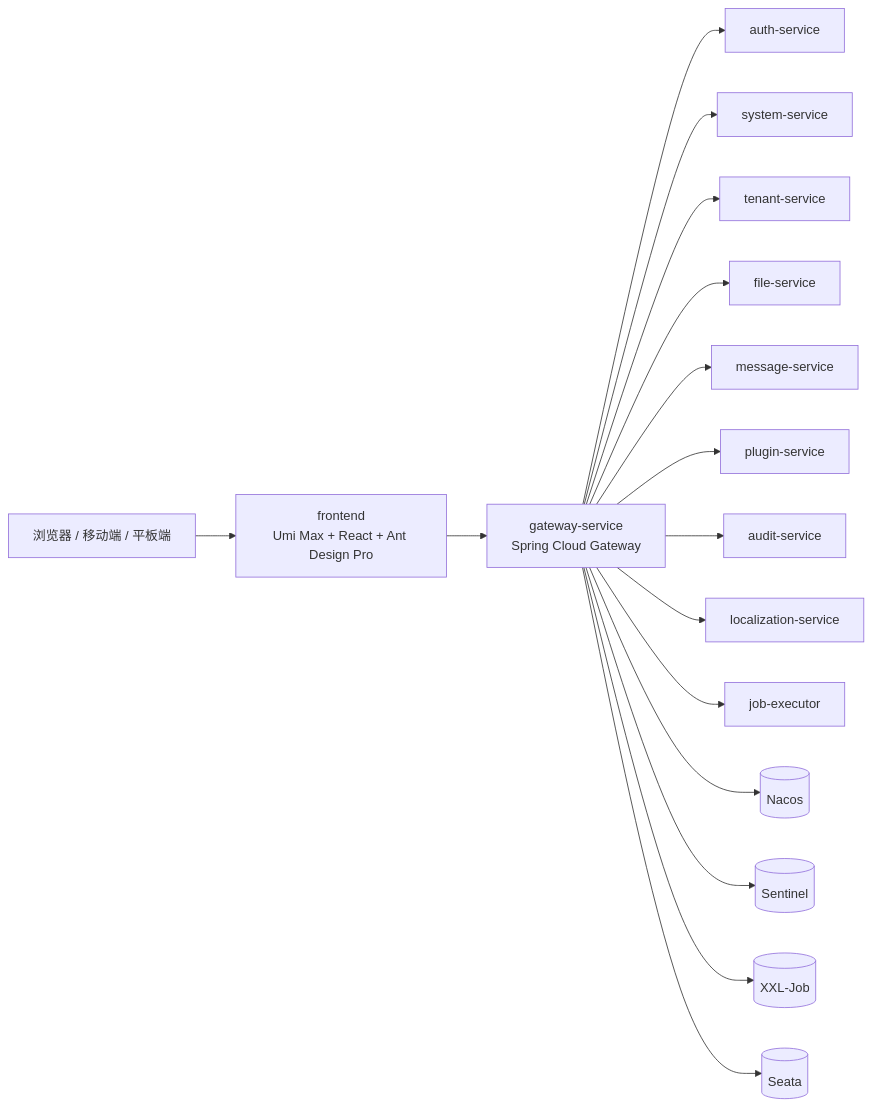
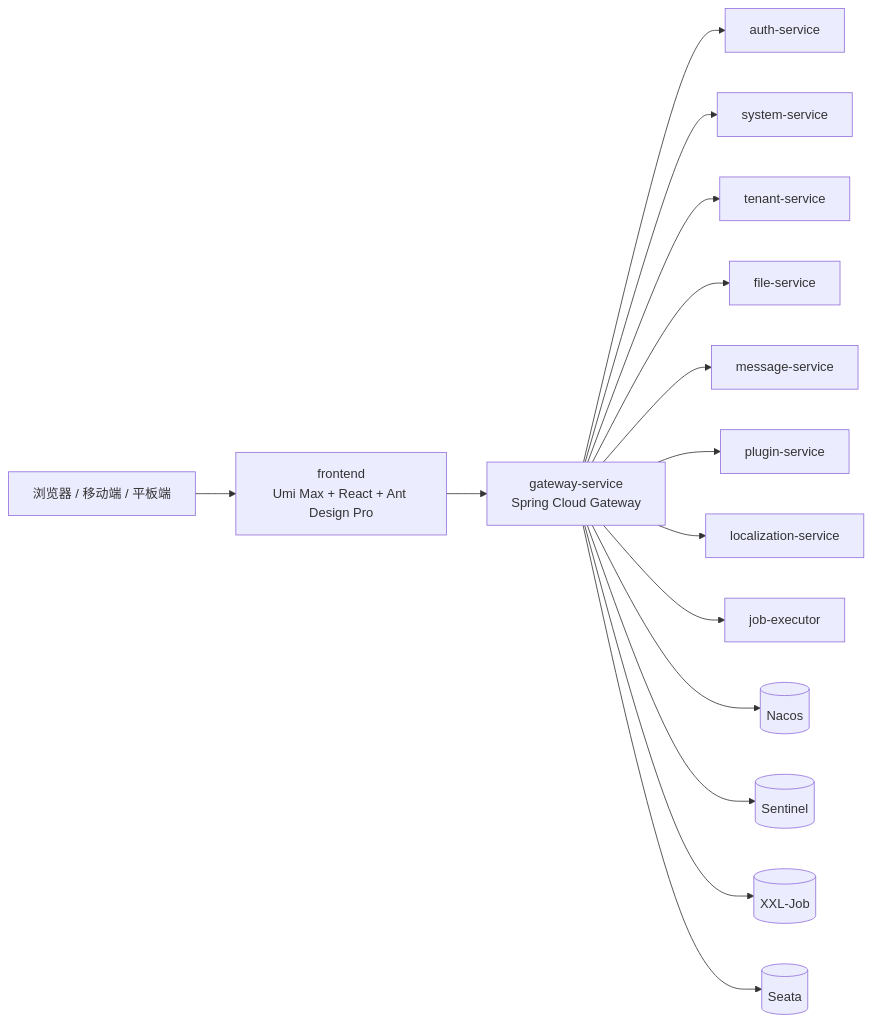
The diagram in README.md (Elexvx/Lumira), drawn with Mermaid before and after one commit. The commit also changed other lines of this file and 67 other files, not shown here.

````diff
--- a/README.md
+++ b/README.md
@@ -63,18 +63,17 @@
 ```mermaid
 flowchart LR
   U[浏览器 / 移动端 / 平板端] --> F[frontend<br/>Umi Max + React + Ant Design Pro]
   F --> G[gateway-service<br/>Spring Cloud Gateway]
   G --> A[auth-service]
   G --> S[system-service]
   G --> T[tenant-service]
   G --> Fi[file-service]
   G --> M[message-service]
   G --> P[plugin-service]
-  G --> Au[audit-service]
   G --> L[localization-service]
   G --> J[job-executor]
   G --> N[(Nacos)]
   G --> Se[(Sentinel)]
   G --> X[(XXL-Job)]
   G --> Sa[(Seata)]
 ```
````
